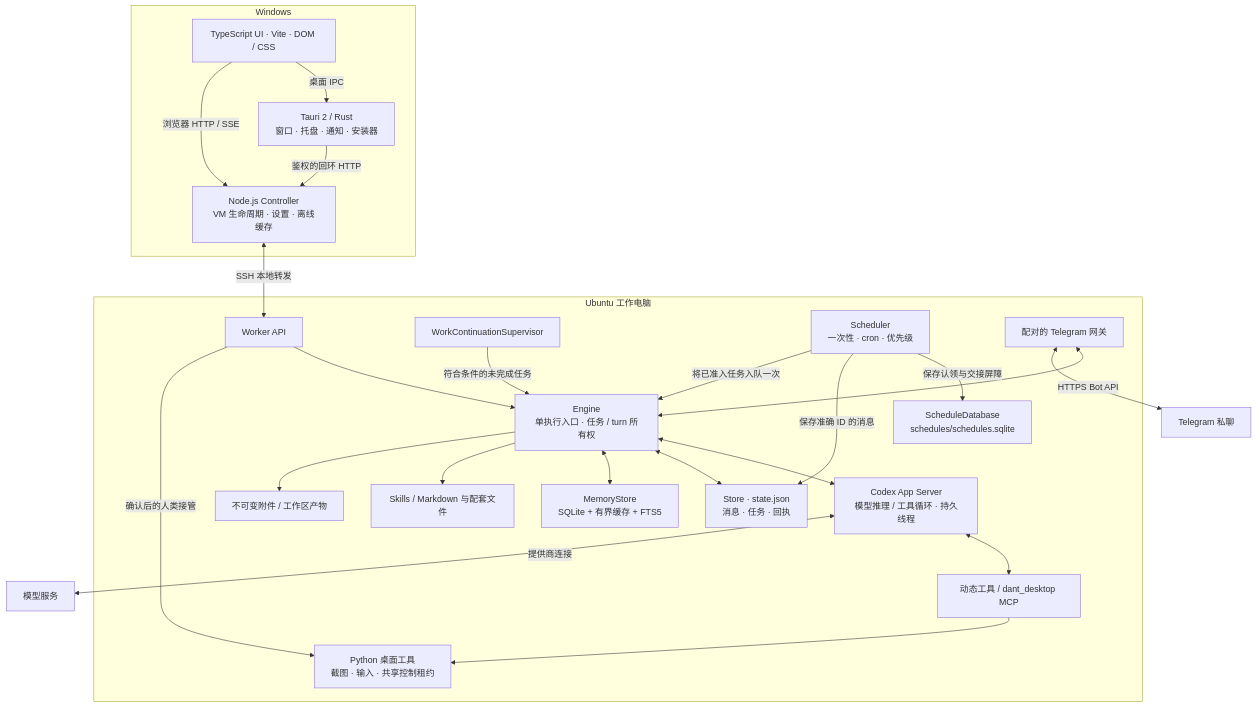
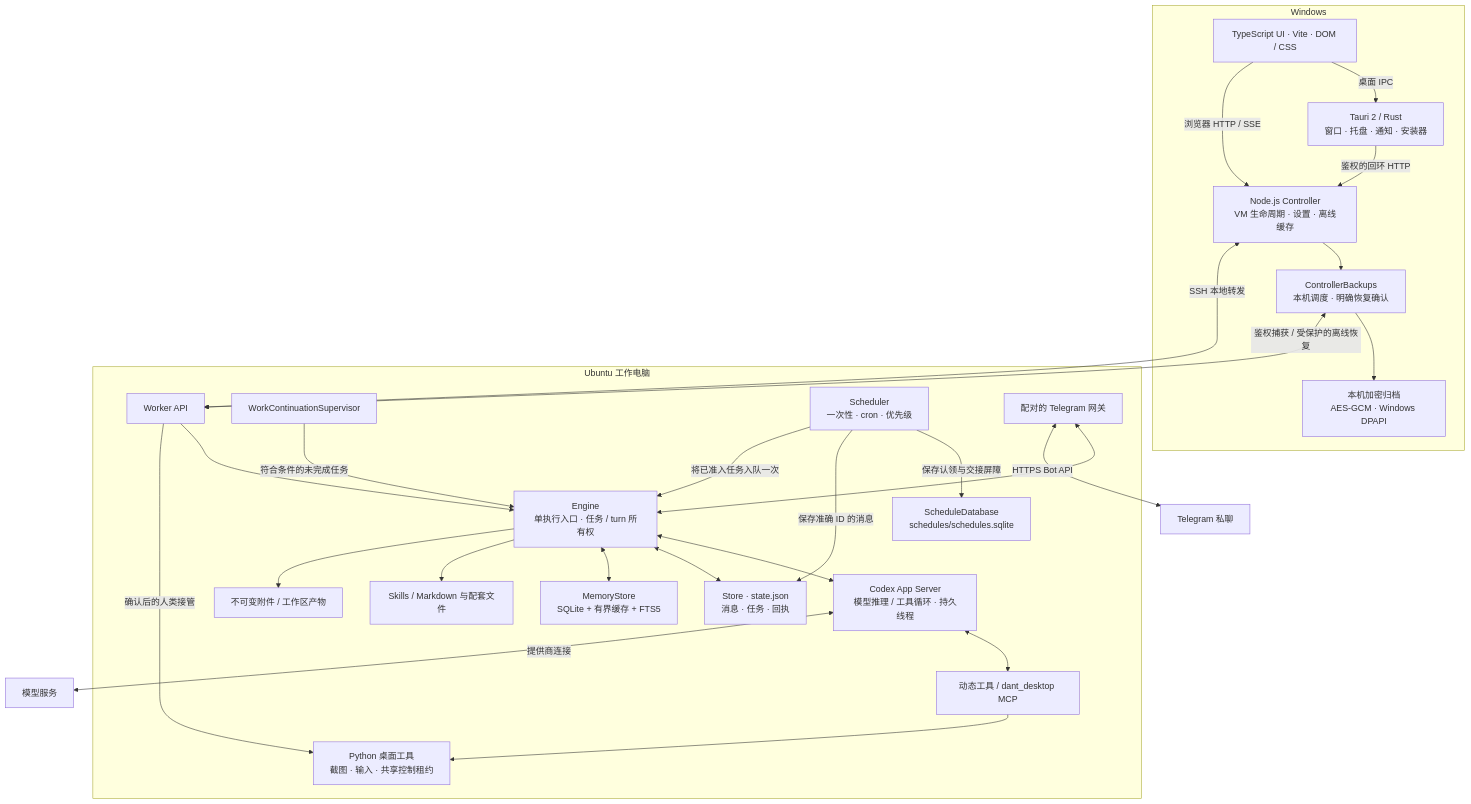
Before and after one commit to Stephen-Sim/dant: the first of 5 diagrams in docs/zh-CN/architecture.md, drawn with Mermaid. The commit also changed other lines of this file and 127 other files, not shown here.

````diff
--- a/docs/zh-CN/architecture.md
+++ b/docs/zh-CN/architecture.md
@@ -9,43 +9,48 @@
 ```mermaid
 flowchart TB
   subgraph Windows
     UI[TypeScript UI · Vite · DOM / CSS]
     Native[Tauri 2 / Rust<br/>窗口 · 托盘 · 通知 · 安装器]
     Controller[Node.js Controller<br/>VM 生命周期 · 设置 · 离线缓存]
+    Backups[ControllerBackups<br/>本机调度 · 明确恢复确认]
+    Vault[本机加密归档<br/>AES-GCM · Windows DPAPI]
     UI -->|桌面 IPC| Native
     Native -->|鉴权的回环 HTTP| Controller
     UI -->|浏览器 HTTP / SSE| Controller
+    Controller --> Backups
+    Backups --> Vault
   end
   subgraph Ubuntu 工作电脑
     Worker[Worker API]
     Engine[Engine<br/>单执行入口 · 任务 / turn 所有权]
     Heartbeat[WorkContinuationSupervisor]
     Scheduler[Scheduler<br/>一次性 · cron · 优先级]
     Codex[Codex App Server<br/>模型推理 / 工具循环 · 持久线程]
     Tools[动态工具 / dant_desktop MCP]
     Desktop[Python 桌面工具<br/>截图 · 输入 · 共享控制租约]
     State[Store · state.json<br/>消息 · 任务 · 回执]
     ScheduleDB[ScheduleDatabase<br/>schedules/schedules.sqlite]
     Memory[MemoryStore<br/>SQLite + 有界缓存 + FTS5]
     Skills[Skills / Markdown 与配套文件]
     Files[不可变附件 / 工作区产物]
     Telegram[配对的 Telegram 网关]
     Worker --> Engine
     Heartbeat -->|符合条件的未完成任务| Engine
     Scheduler -->|保存认领与交接屏障| ScheduleDB
     Scheduler -->|保存准确 ID 的消息| State
     Scheduler -->|将已准入任务入队一次| Engine
     Telegram <--> Engine
     Engine <--> Codex
     Codex <--> Tools
     Tools --> Desktop
     Engine <--> State
     Engine <--> Memory
     Engine --> Skills
     Engine --> Files
     Worker -->|确认后的人类接管| Desktop
   end
   Controller <-->|SSH 本地转发| Worker
+  Backups <-->|鉴权捕获 / 受保护的离线恢复| Worker
   Codex <-->|提供商连接| Models[模型服务]
   Telegram <-->|HTTPS Bot API| Phone[Telegram 私聊]
 ```
````
